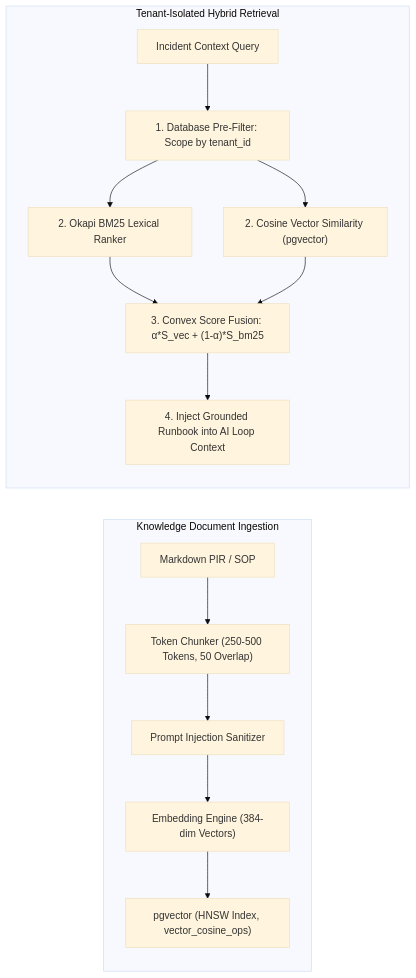
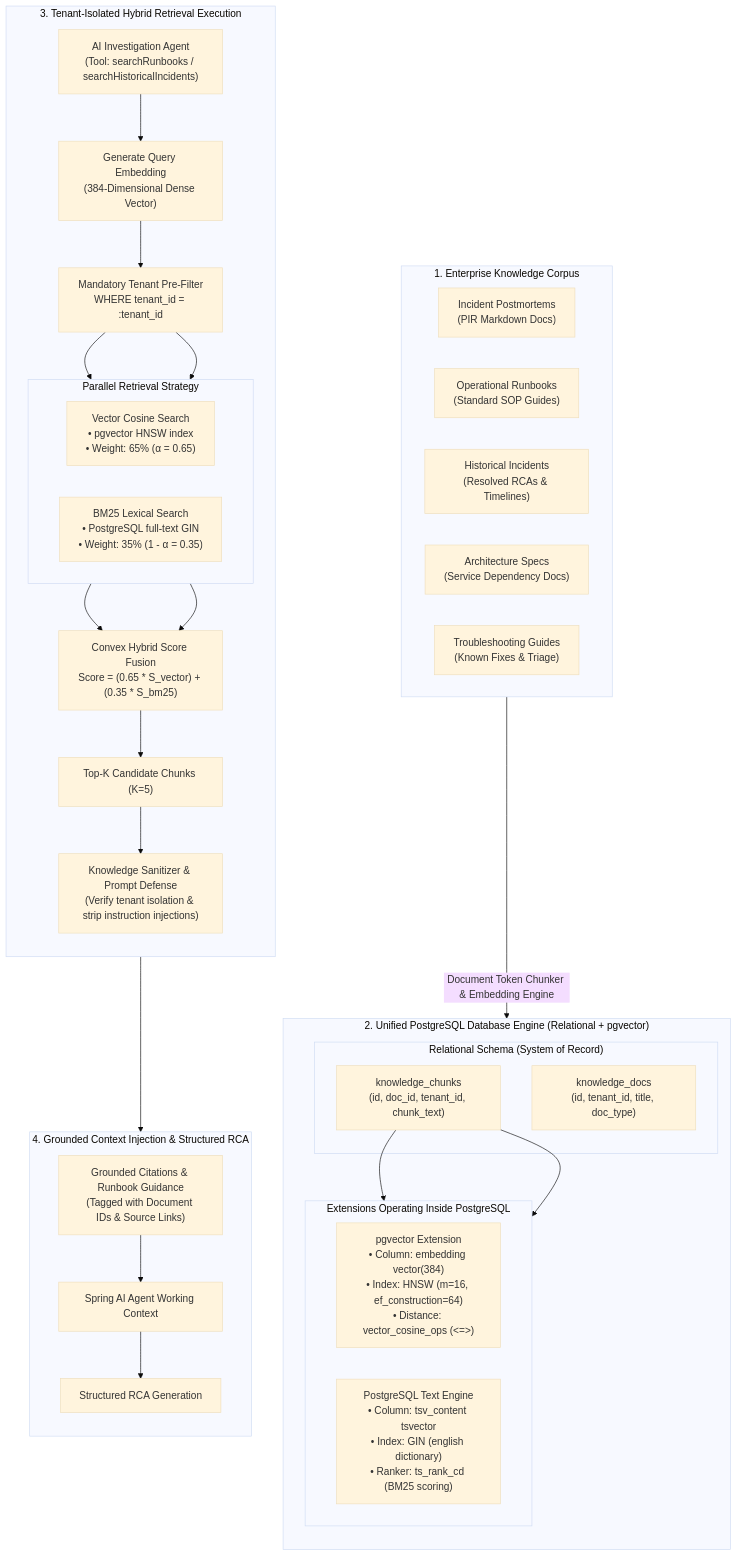
One commit to nvsaigokul-sudo/ResolveIQ changed diagram 15 of 17 in README.md. Above: the diagram before and after it, drawn with Mermaid (base theme). The commit also changed other lines of this file, not shown here.

First line of the commit message:
docs(readme): upgrade visual architecture with internal flowcharts and pipeline diagrams

````diff
--- a/README.md
+++ b/README.md
@@ -465,17 +956,66 @@
 ```mermaid
-flowchart LR
-    subgraph DocumentIngestion["Knowledge Document Ingestion"]
-        Doc["Markdown PIR / SOP"] --> Chunk["Token Chunker (250-500 Tokens, 50 Overlap)"]
-        Chunk --> Sanitize["Prompt Injection Sanitizer"]
-        Sanitize --> Embed["Embedding Engine (384-dim Vectors)"]
-        Embed --> PGVector["pgvector (HNSW Index, vector_cosine_ops)"]
+flowchart TD
+    subgraph KnowledgeSources["1. Enterprise Knowledge Corpus"]
+        direction LR
+        K1["Incident Postmortems<br/>(PIR Markdown Docs)"]
+        K2["Operational Runbooks<br/>(Standard SOP Guides)"]
+        K3["Historical Incidents<br/>(Resolved RCAs & Timelines)"]
+        K4["Architecture Specs<br/>(Service Dependency Docs)"]
+        K5["Troubleshooting Guides<br/>(Known Fixes & Triage)"]
     end
 
-    subgraph QueryPipeline["Tenant-Isolated Hybrid Retrieval"]
-        Query["Incident Context Query"] --> TenantFilter["1. Database Pre-Filter: Scope by tenant_id"]
-        TenantFilter --> BM25["2. Okapi BM25 Lexical Ranker"]
-        TenantFilter --> Cosine["2. Cosine Vector Similarity (pgvector)"]
-        BM25 & Cosine --> ConvexScore["3. Convex Score Fusion: α*S_vec + (1-α)*S_bm25"]
-        ConvexScore --> ContextInjection["4. Inject Grounded Runbook into AI Loop Context"]
+    subgraph PostgresEngine["2. Unified PostgreSQL Database Engine (Relational + pgvector)"]
+        direction TB
+
+        subgraph RelationalTables["Relational Schema (System of Record)"]
+            T_Docs["knowledge_docs<br/>(id, tenant_id, title, doc_type)"]
+            T_Chunks["knowledge_chunks<br/>(id, doc_id, tenant_id, chunk_text)"]
+        end
+
+        subgraph ExtensionsInside["Extensions Operating Inside PostgreSQL"]
+            direction LR
+            Ext_Vector["pgvector Extension<br/>• Column: embedding vector(384)<br/>• Index: HNSW (m=16, ef_construction=64)<br/>• Distance: vector_cosine_ops (<=>)"]
+            Ext_FTS["PostgreSQL Text Engine<br/>• Column: tsv_content tsvector<br/>• Index: GIN (english dictionary)<br/>• Ranker: ts_rank_cd (BM25 scoring)"]
+        end
+
+        T_Chunks --> Ext_Vector
+        T_Chunks --> Ext_FTS
+    end
+
+    KnowledgeSources -->|"Document Token Chunker & Embedding Engine"| PostgresEngine
+
+    subgraph RAGPipeline["3. Tenant-Isolated Hybrid Retrieval Execution"]
+        direction TB
+        AgentQuery["AI Investigation Agent<br/>(Tool: searchRunbooks / searchHistoricalIncidents)"]
+        QueryEmbedding["Generate Query Embedding<br/>(384-Dimensional Dense Vector)"]
+        AgentQuery --> QueryEmbedding
+
+        TenantPreFilter["Mandatory Tenant Pre-Filter<br/>WHERE tenant_id = :tenant_id"]
+        QueryEmbedding --> TenantPreFilter
+
+        subgraph DualSearch["Parallel Retrieval Strategy"]
+            direction LR
+            VecSearch["Vector Cosine Search<br/>• pgvector HNSW index<br/>• Weight: 65% (&alpha; = 0.65)"]
+            Bm25Search["BM25 Lexical Search<br/>• PostgreSQL full-text GIN<br/>• Weight: 35% (1 - &alpha; = 0.35)"]
+        end
+
+        TenantPreFilter --> VecSearch & Bm25Search
+
+        ScoreFusion["Convex Hybrid Score Fusion<br/>Score = (0.65 * S_vector) + (0.35 * S_bm25)"]
+        VecSearch & Bm25Search --> ScoreFusion
+
+        TopResults["Top-K Candidate Chunks (K=5)"]
+        ScoreFusion --> TopResults
+
+        Sanitizer["Knowledge Sanitizer & Prompt Defense<br/>(Verify tenant isolation & strip instruction injections)"]
+        TopResults --> Sanitizer
+    end
+
+    subgraph RCAIntegration["4. Grounded Context Injection & Structured RCA"]
+        direction TB
+        EvidenceCitations["Grounded Citations & Runbook Guidance<br/>(Tagged with Document IDs & Source Links)"]
+        Sanitizer --> EvidenceCitations
+        EvidenceCitations --> AgentContext["Spring AI Agent Working Context"]
+        AgentContext --> StructuredRCA["Structured RCA Generation"]
     end
 ```
````
